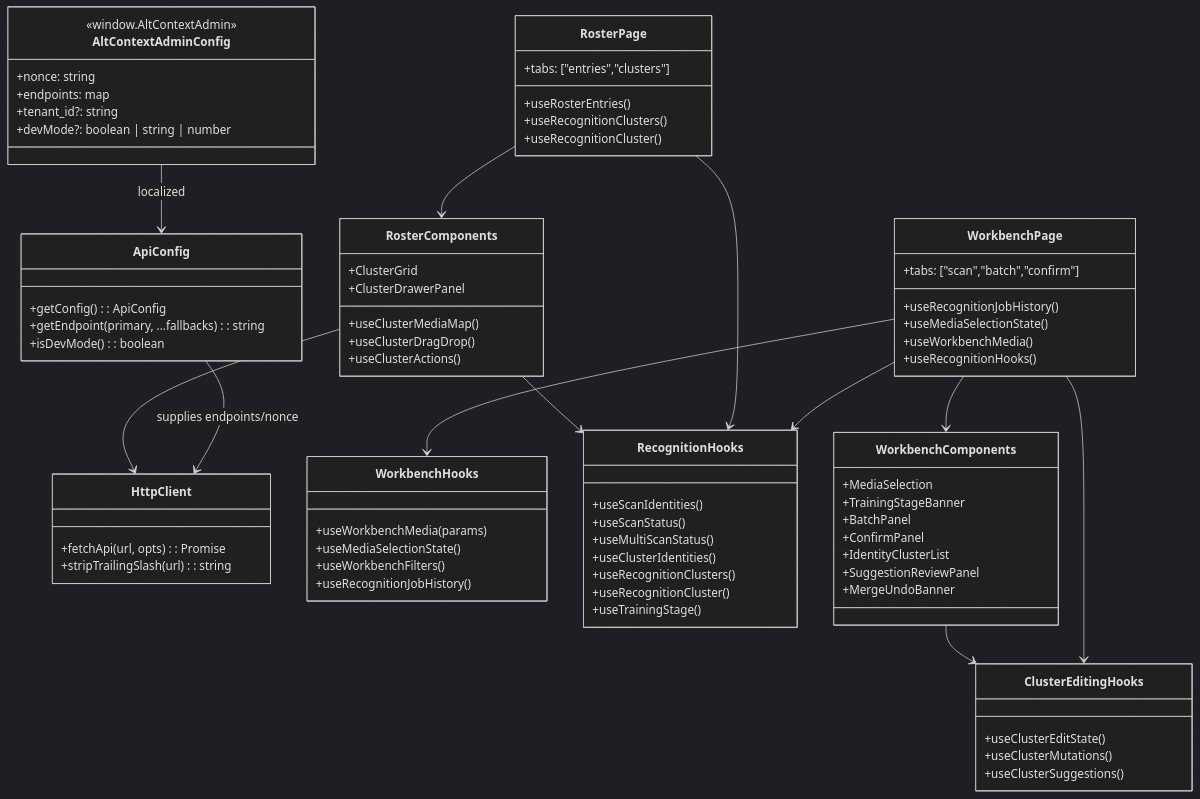
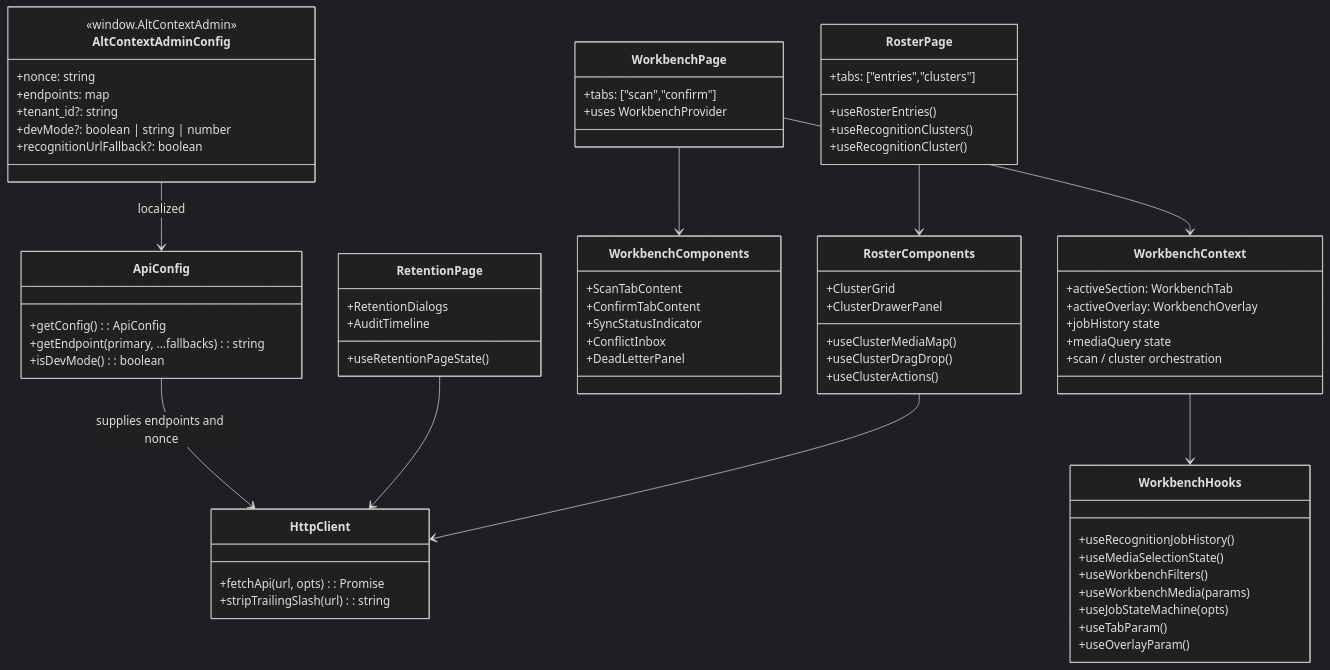
The diagram in docs/agentic/diagrams/frontend-uml/plugin-core-classes.mmd (darce/context-alt-text-monorepo), drawn with Mermaid (dark theme) before and after one commit. The commit also changed 31 other files, not shown here.

```diff
--- a/docs/agentic/diagrams/frontend-uml/plugin-core-classes.mmd
+++ b/docs/agentic/diagrams/frontend-uml/plugin-core-classes.mmd
@@ -1,89 +1,83 @@
 classDiagram
-%% Admin SPA modules (React + WP REST config)
+%% Updated: 2026-03-28
 
 class AltContextAdminConfig {
   <<window.AltContextAdmin>>
   +nonce: string
   +endpoints: map
   +tenant_id?: string
   +devMode?: boolean | string | number
+  +recognitionUrlFallback?: boolean
 }
 
 class ApiConfig {
   +getConfig(): ApiConfig
   +getEndpoint(primary, ...fallbacks): string
   +isDevMode(): boolean
 }
 
 class HttpClient {
   +fetchApi<T>(url, opts): Promise<T>
   +stripTrailingSlash(url): string
 }
 
 class WorkbenchPage {
-  +tabs: ["scan","batch","confirm"]
-  +useRecognitionJobHistory()
-  +useMediaSelectionState()
-  +useWorkbenchMedia()
-  +useRecognitionHooks()
+  +tabs: ["scan","confirm"]
+  +uses WorkbenchProvider
+}
+
+class WorkbenchContext {
+  +activeSection: WorkbenchTab
+  +activeOverlay: WorkbenchOverlay
+  +jobHistory state
+  +mediaQuery state
+  +scan / cluster orchestration
 }
 
 class WorkbenchHooks {
-  +useWorkbenchMedia(params)
+  +useRecognitionJobHistory()
   +useMediaSelectionState()
   +useWorkbenchFilters()
-  +useRecognitionJobHistory()
-}
-
-class RecognitionHooks {
-  +useScanIdentities()
-  +useScanStatus()
-  +useMultiScanStatus()
-  +useClusterIdentities()
-  +useRecognitionClusters()
-  +useRecognitionCluster()
-  +useTrainingStage()
-}
-
-class ClusterEditingHooks {
-  +useClusterEditState()
-  +useClusterMutations()
-  +useClusterSuggestions()
+  +useWorkbenchMedia(params)
+  +useJobStateMachine(opts)
+  +useTabParam()
+  +useOverlayParam()
 }
 
 class WorkbenchComponents {
-  +MediaSelection
-  +TrainingStageBanner
-  +BatchPanel
-  +ConfirmPanel
-  +IdentityClusterList
-  +SuggestionReviewPanel
-  +MergeUndoBanner
+  +ScanTabContent
+  +ConfirmTabContent
+  +SyncStatusIndicator
+  +ConflictInbox
+  +DeadLetterPanel
+}
+
+class RetentionPage {
+  +useRetentionPageState()
+  +RetentionDialogs
+  +AuditTimeline
 }
 
 class RosterPage {
   +tabs: ["entries","clusters"]
   +useRosterEntries()
   +useRecognitionClusters()
   +useRecognitionCluster()
 }
 
 class RosterComponents {
   +ClusterGrid
   +ClusterDrawerPanel
   +useClusterMediaMap()
   +useClusterDragDrop()
   +useClusterActions()
 }
 
 AltContextAdminConfig --> ApiConfig : localized
-ApiConfig --> HttpClient : supplies endpoints/nonce
-WorkbenchPage --> WorkbenchHooks
-WorkbenchPage --> RecognitionHooks
-WorkbenchPage --> ClusterEditingHooks
+ApiConfig --> HttpClient : supplies endpoints and nonce
+WorkbenchPage --> WorkbenchContext
+WorkbenchContext --> WorkbenchHooks
 WorkbenchPage --> WorkbenchComponents
-WorkbenchComponents --> ClusterEditingHooks
+RetentionPage --> HttpClient
 RosterPage --> RosterComponents
-RosterPage --> RecognitionHooks
-RosterComponents --> RecognitionHooks
 RosterComponents --> HttpClient
```
